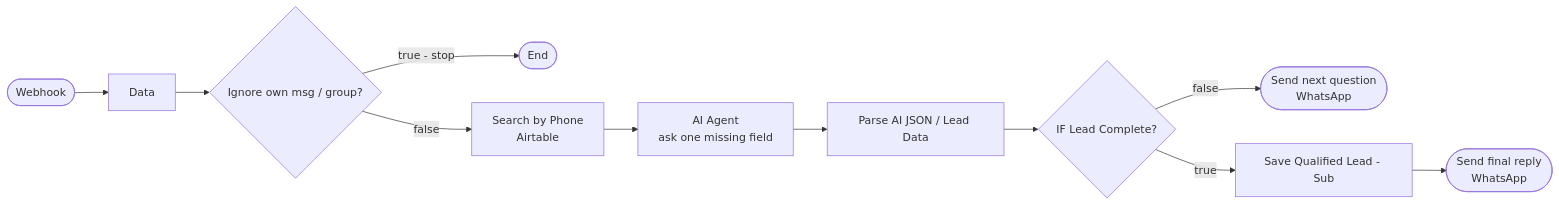
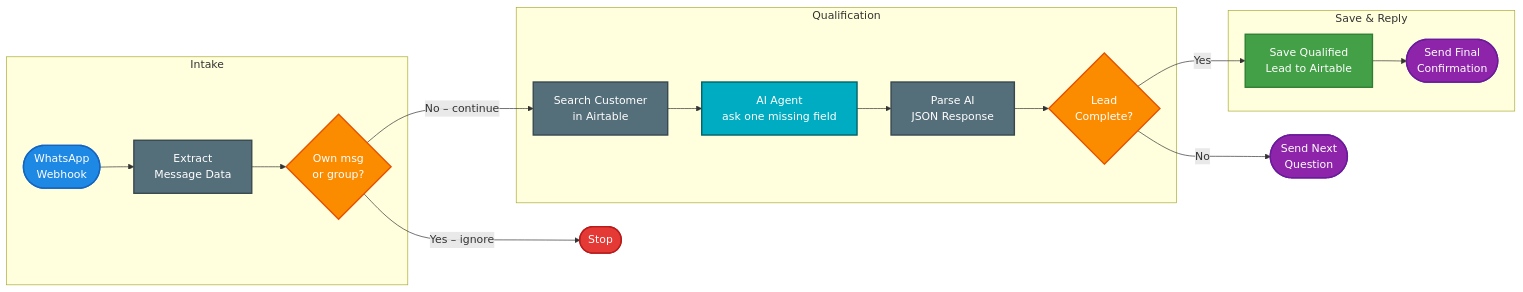
One commit to kameni-immo/kameni-n8n-automation changed the second of 3 diagrams in docs/lead-process.md. Above: the diagram before and after it, drawn with Mermaid. The commit also changed other lines of this file, not shown here.

First line of the commit message:
Improve diagrams in lead-process.md with color coding and subgraphs

````diff
--- a/docs/lead-process.md
+++ b/docs/lead-process.md
@@ -223,13 +245,38 @@
 ```mermaid
 flowchart LR
-    WH(["Webhook"]) --> DA["Data"]
-    DA --> IG{"Ignore own msg / group?"}
-    IG -->|"true - stop"| STOP1(["End"])
-    IG -->|"false"| SC["Search by Phone<br/>Airtable"]
-    SC --> AI["AI Agent<br/>ask one missing field"]
-    AI --> PAR["Parse AI JSON / Lead Data"]
-    PAR --> ILC{"IF Lead Complete?"}
-    ILC -->|"false"| SWN(["Send next question<br/>WhatsApp"])
-    ILC -->|"true"| SUB["Save Qualified Lead - Sub"]
-    SUB --> SWF(["Send final reply<br/>WhatsApp"])
+    classDef trigger  fill:#1E88E5,color:#fff,stroke:#1565C0,stroke-width:2px
+    classDef process  fill:#546E7A,color:#fff,stroke:#37474F,stroke-width:2px
+    classDef decision fill:#FB8C00,color:#fff,stroke:#E65100,stroke-width:2px
+    classDef ai       fill:#00ACC1,color:#fff,stroke:#006064,stroke-width:2px
+    classDef save     fill:#43A047,color:#fff,stroke:#2E7D32,stroke-width:2px
+    classDef send     fill:#8E24AA,color:#fff,stroke:#6A1B9A,stroke-width:2px
+    classDef stop     fill:#E53935,color:#fff,stroke:#B71C1C,stroke-width:2px
+
+    subgraph INTAKE ["  Intake  "]
+        WH(["WhatsApp<br/>Webhook"]):::trigger
+        DA["Extract<br/>Message Data"]:::process
+        IG{"Own msg<br/>or group?"}:::decision
+    end
+
+    subgraph QUALIFY ["  Qualification  "]
+        SC["Search Customer<br/>in Airtable"]:::process
+        AI["AI Agent<br/>ask one missing field"]:::ai
+        PAR["Parse AI<br/>JSON Response"]:::process
+        ILC{"Lead<br/>Complete?"}:::decision
+    end
+
+    subgraph CLOSE ["  Save & Reply  "]
+        SUB["Save Qualified<br/>Lead to Airtable"]:::save
+        SWF(["Send Final<br/>Confirmation"]):::send
+    end
+
+    STOP(["Stop"]):::stop
+    SWN(["Send Next<br/>Question"]):::send
+
+    WH --> DA --> IG
+    IG -->|"Yes – ignore"| STOP
+    IG -->|"No – continue"| SC
+    SC --> AI --> PAR --> ILC
+    ILC -->|"No"| SWN
+    ILC -->|"Yes"| SUB --> SWF
 ```
````
